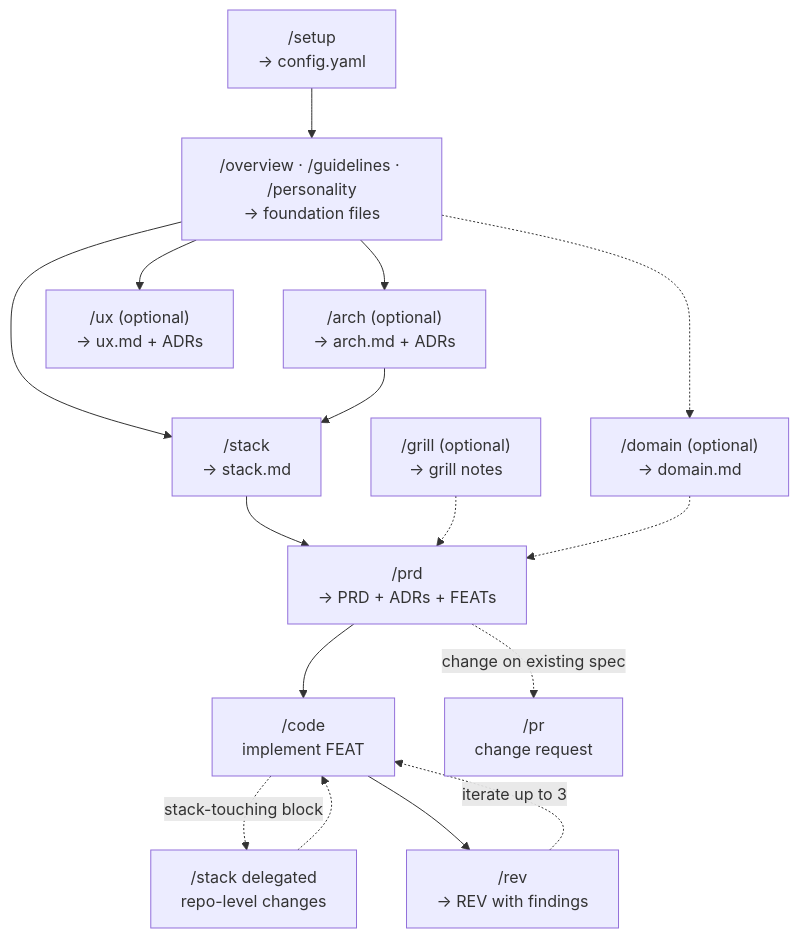
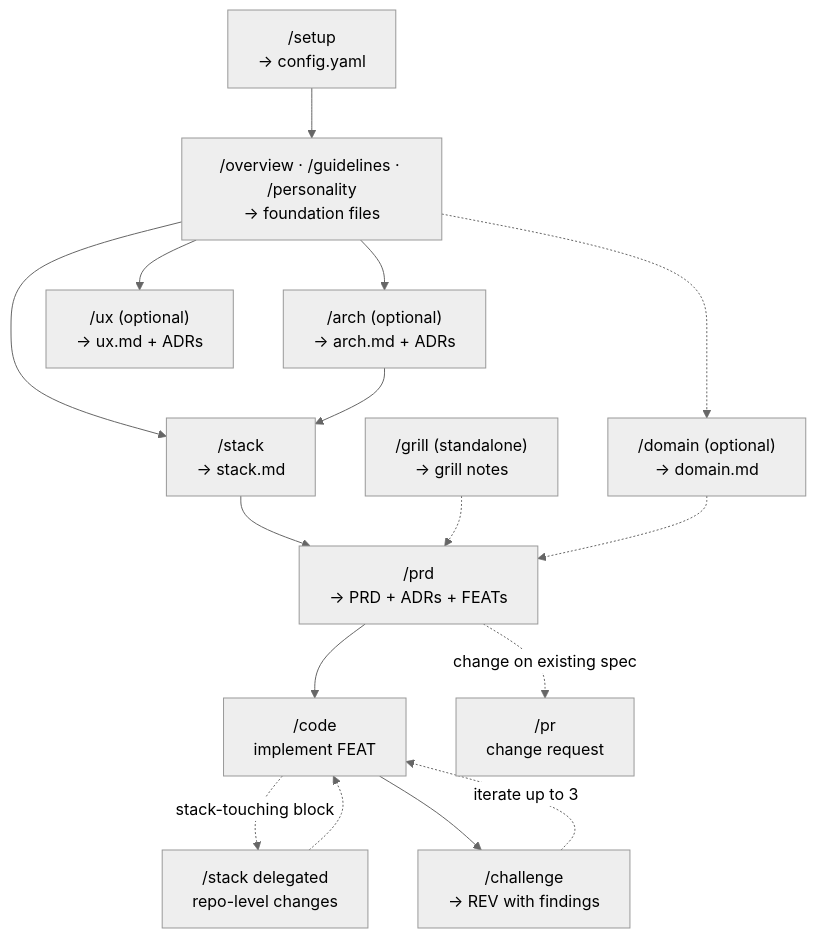
The diagram in README.md (ccosming/skills), drawn with Mermaid before and after one commit. The commit also changed other lines of this file and 1 other file, not shown here.

````diff
--- a/README.md
+++ b/README.md
@@ -39,31 +49,32 @@
 ```mermaid
+%%{init: {'theme':'neutral'}}%%
 flowchart TD
     Setup["/setup<br/>→ config.yaml"]
     Found["/overview · /guidelines · /personality<br/>→ foundation files"]
     Arch["/arch (optional)<br/>→ arch.md + ADRs"]
     UX["/ux (optional)<br/>→ ux.md + ADRs"]
     Domain["/domain (optional)<br/>→ domain.md"]
     Stack["/stack<br/>→ stack.md"]
-    Grill["/grill (optional)<br/>→ grill notes"]
+    Grill["/grill (standalone)<br/>→ grill notes"]
     PRD["/prd<br/>→ PRD + ADRs + FEATs"]
     Code["/code<br/>implement FEAT"]
     StackDel["/stack delegated<br/>repo-level changes"]
-    Rev["/rev<br/>→ REV with findings"]
+    Challenge["/challenge<br/>→ REV with findings"]
     PR["/pr<br/>change request"]
 
     Setup --> Found
     Found --> Arch
     Found --> UX
     Found --> Stack
     Arch --> Stack
     Found -.-> Domain
     Stack --> PRD
     Grill -.-> PRD
     Domain -.-> PRD
     PRD --> Code
     Code -.->|stack-touching block| StackDel
     StackDel -.-> Code
-    Code --> Rev
-    Rev -.->|iterate up to 3| Code
+    Code --> Challenge
+    Challenge -.->|iterate up to 3| Code
     PRD -.->|change on existing spec| PR
 ```
````
